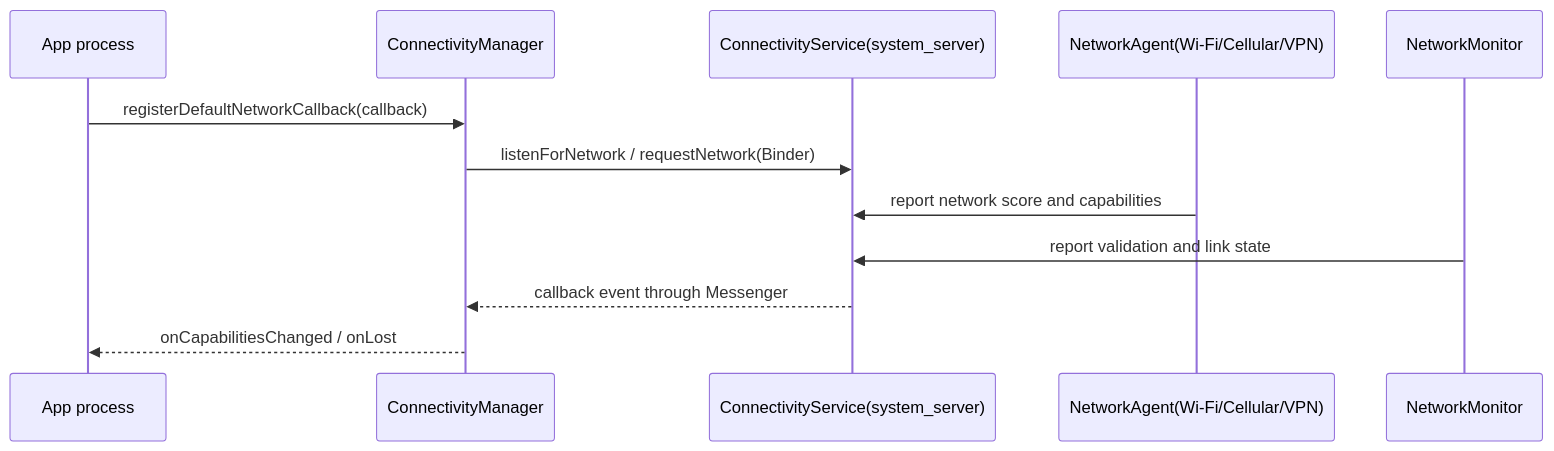
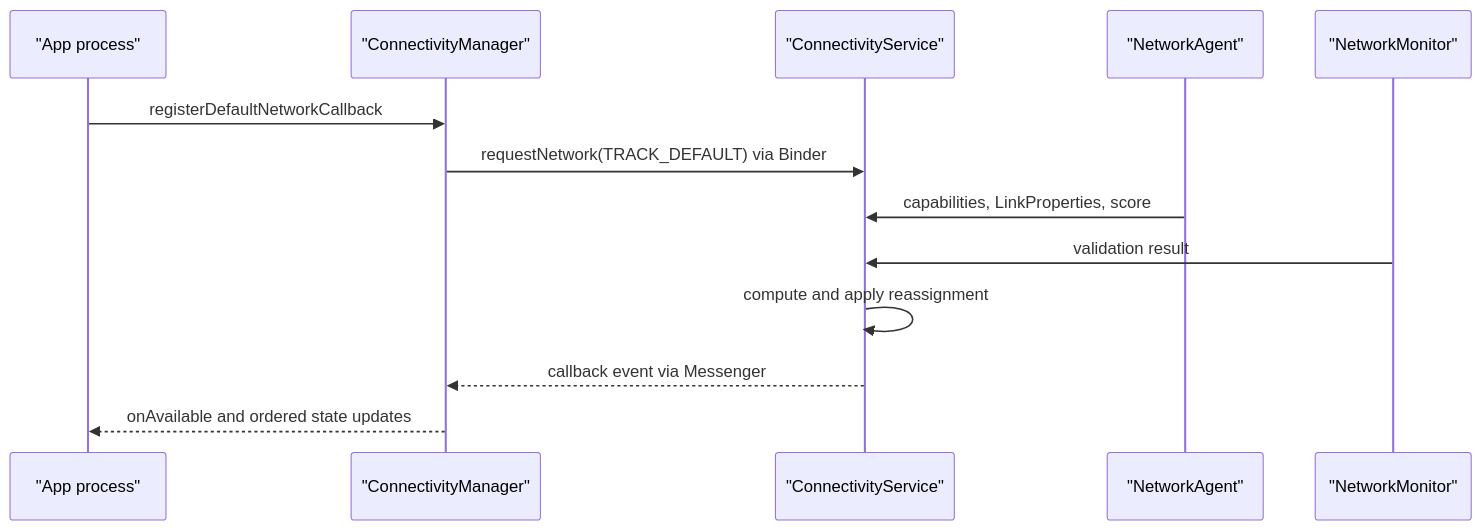
The diagram in src/part2-performance/ch12-apk-network/05-connectivity-service-network-callback.md (Gracker/android-internals-wiki), drawn with Mermaid before and after one commit. The commit also changed other lines of this file, not shown here.

Commit message:
rebuild Android 17 connectivity callback guide

````diff
--- a/src/part2-performance/ch12-apk-network/05-connectivity-service-network-callback.md
+++ b/src/part2-performance/ch12-apk-network/05-connectivity-service-network-callback.md
@@ -156,15 +254,16 @@
 ```mermaid
 sequenceDiagram
-    participant App as App process
-    participant CM as ConnectivityManager
-    participant CS as ConnectivityService(system_server)
-    participant Agent as NetworkAgent(Wi-Fi/Cellular/VPN)
-    participant Monitor as NetworkMonitor
+    participant App as "App process"
+    participant CM as "ConnectivityManager"
+    participant CS as "ConnectivityService"
+    participant Agent as "NetworkAgent"
+    participant Monitor as "NetworkMonitor"
 
-    App->>CM: registerDefaultNetworkCallback(callback)
-    CM->>CS: listenForNetwork / requestNetwork(Binder)
-    Agent->>CS: report network score and capabilities
-    Monitor->>CS: report validation and link state
-    CS-->>CM: callback event through Messenger
-    CM-->>App: onCapabilitiesChanged / onLost
+    App->>CM: registerDefaultNetworkCallback
+    CM->>CS: requestNetwork(TRACK_DEFAULT) via Binder
+    Agent->>CS: capabilities, LinkProperties, score
+    Monitor->>CS: validation result
+    CS->>CS: compute and apply reassignment
+    CS-->>CM: callback event via Messenger
+    CM-->>App: onAvailable and ordered state updates
 ```
````
